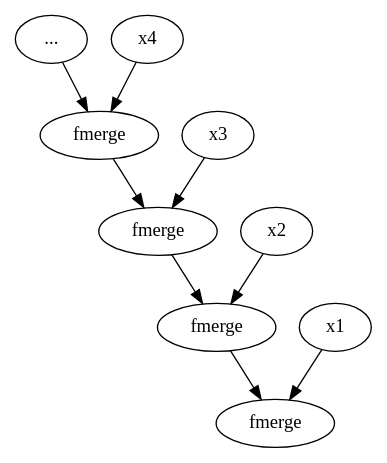
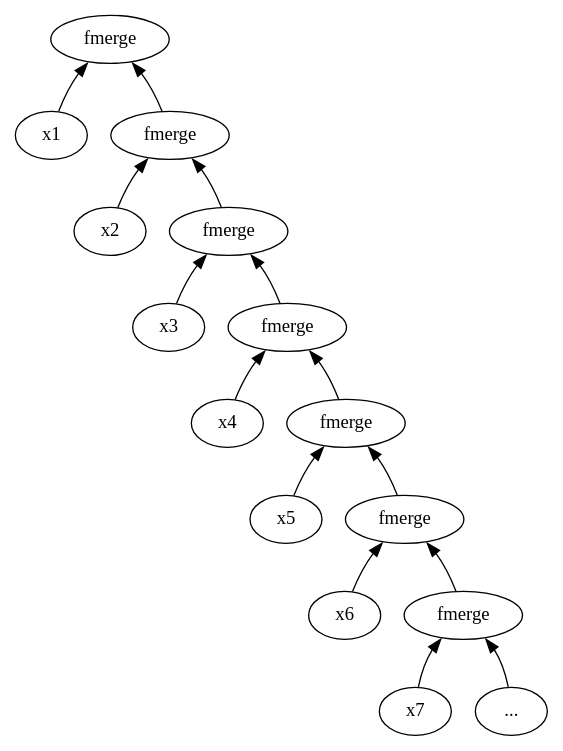
One commit to davidspies/primes changed the diagram in images/fig1.dot. Above: the diagram before and after it, drawn with Graphviz. The commit also changed 8 other files, not shown here.

```diff
--- a/images/fig1.dot
+++ b/images/fig1.dot
@@ -1,11 +1,23 @@
-digraph directions {
+digraph g {
   r1 [label = "fmerge"];
   r2 [label = "fmerge"];
   r3 [label = "fmerge"];
   r4 [label = "fmerge"];
-  "..." -> r4 -> r3 -> r2 -> r1;
-  x1 -> r1;
-  x2 -> r2;
-  x3 -> r3;
-  x4 -> r4;
+  r5 [label = "fmerge"];
+  r6 [label = "fmerge"];
+  r7 [label = "fmerge"];
+  r1 : se -> r2 [dir=back];
+  r2 : se -> r3 [dir=back];
+  r3 : se -> r4 [dir=back];
+  r4 : se -> r5 [dir=back];
+  r5 : se -> r6 [dir=back];
+  r6 : se -> r7 [dir=back];
+  r7 : se -> "..." [dir=back];
+  r1 : sw -> x1 [dir=back];
+  r2 : sw -> x2 [dir=back];
+  r3 : sw -> x3 [dir=back];
+  r4 : sw -> x4 [dir=back];
+  r5 : sw -> x5 [dir=back];
+  r6 : sw -> x6 [dir=back];
+  r7 : sw -> x7 [dir=back];
 }
```
